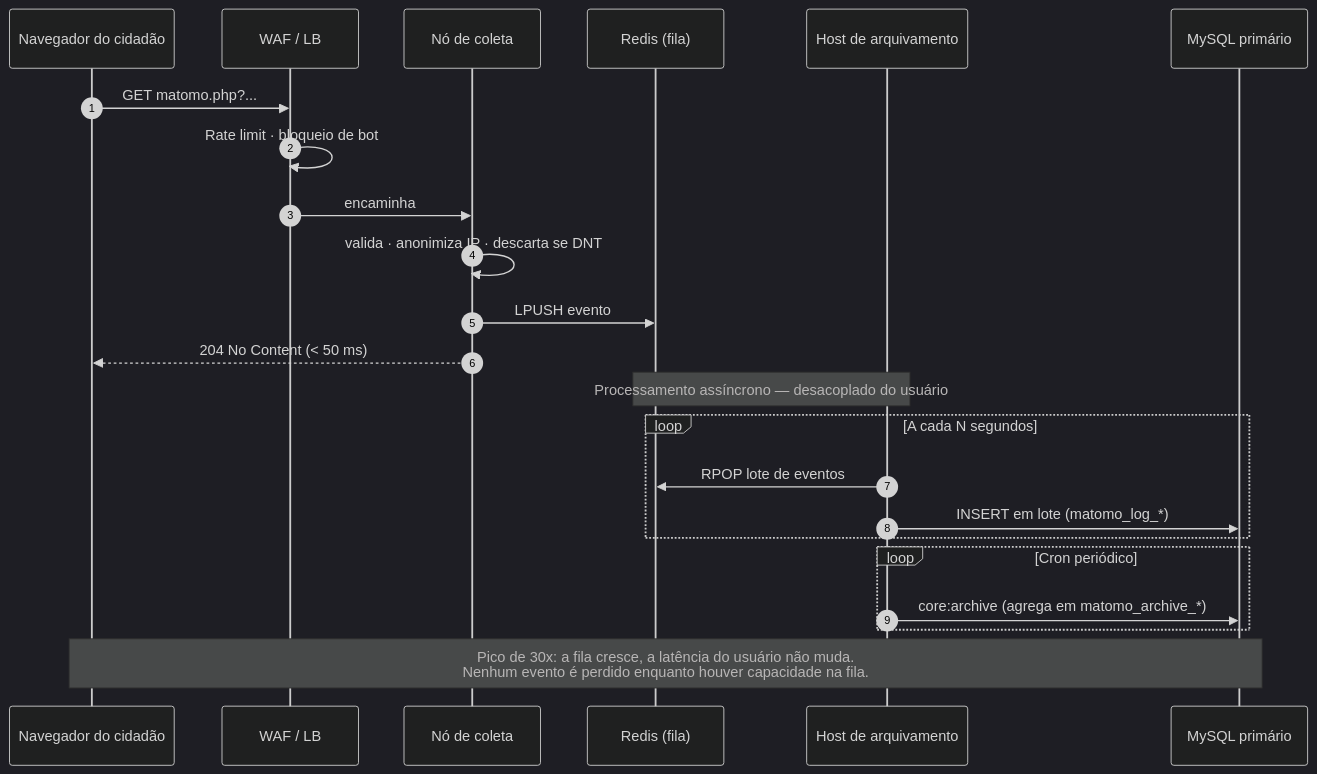
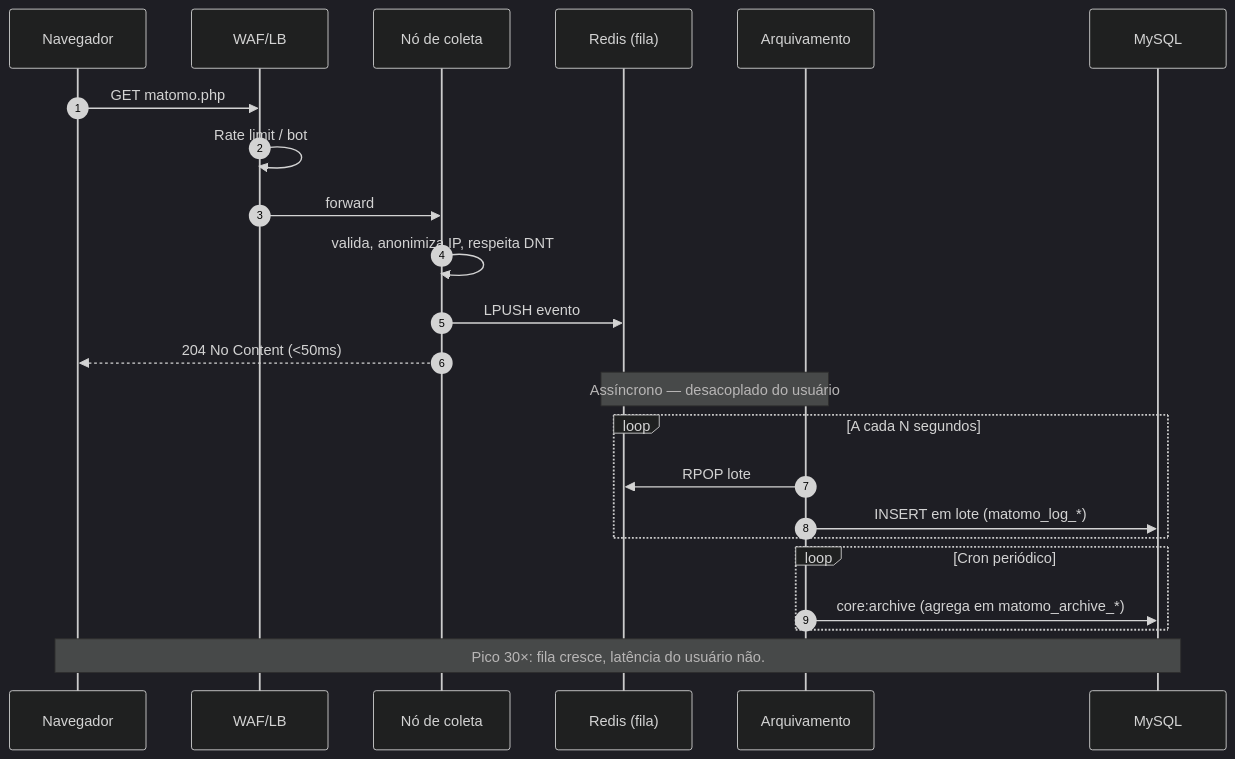
One commit to fabioramos-02/tradeoff-analytics changed the second of 3 diagrams in docs/07-recomendacao.md. Above: the diagram before and after it, drawn with Mermaid (dark theme). The commit also changed other lines of this file and 23 other files, not shown here.

Commit message:
feat: establish analytics architecture documentation including ADR-002 and supporting comparative studies

````diff
--- a/docs/07-recomendacao.md
+++ b/docs/07-recomendacao.md
@@ -375,30 +273,30 @@
 ```mermaid
 sequenceDiagram
     autonumber
-    participant N as Navegador do cidadão
-    participant W as WAF / LB
+    participant N as Navegador
+    participant W as WAF/LB
     participant T as Nó de coleta
     participant R as Redis (fila)
-    participant A as Host de arquivamento
-    participant D as MySQL primário
+    participant A as Arquivamento
+    participant D as MySQL
 
-    N->>W: GET matomo.php?...
-    W->>W: Rate limit · bloqueio de bot
-    W->>T: encaminha
-    T->>T: valida · anonimiza IP · descarta se DNT
+    N->>W: GET matomo.php
+    W->>W: Rate limit / bot
+    W->>T: forward
+    T->>T: valida, anonimiza IP, respeita DNT
     T->>R: LPUSH evento
-    T-->>N: 204 No Content (< 50 ms)
+    T-->>N: 204 No Content (<50ms)
 
-    Note over R,A: Processamento assíncrono — desacoplado do usuário
+    Note over R,A: Assíncrono — desacoplado do usuário
 
     loop A cada N segundos
-        A->>R: RPOP lote de eventos
+        A->>R: RPOP lote
         A->>D: INSERT em lote (matomo_log_*)
     end
 
     loop Cron periódico
         A->>D: core:archive (agrega em matomo_archive_*)
     end
 
-    Note over N,D: Pico de 30x: a fila cresce, a latência do usuário não muda.<br/>Nenhum evento é perdido enquanto houver capacidade na fila.
+    Note over N,D: Pico 30×: fila cresce, latência do usuário não.
 ```
````
